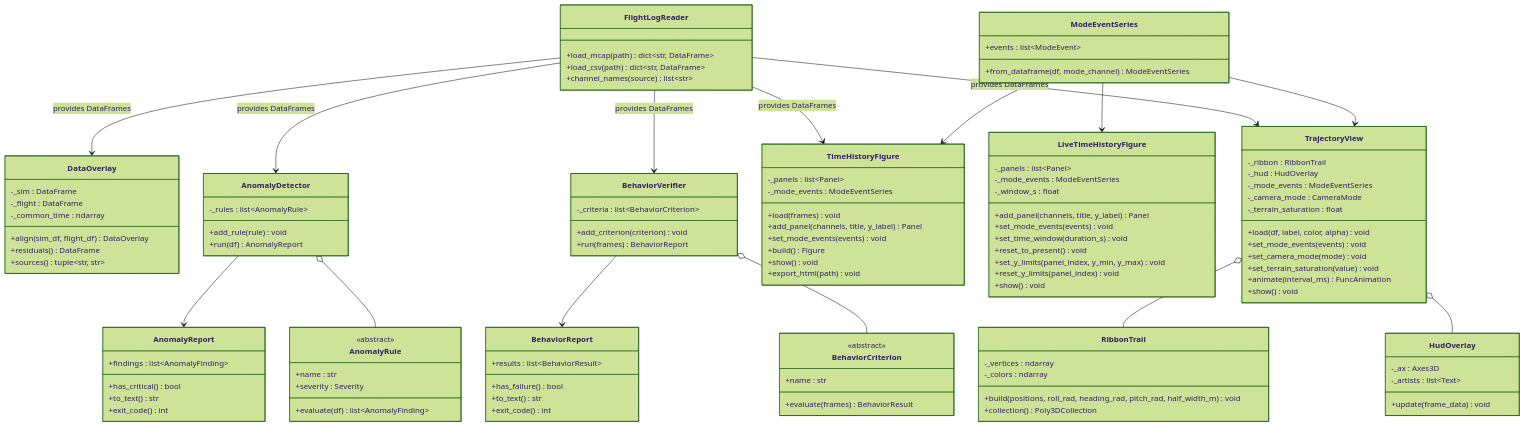
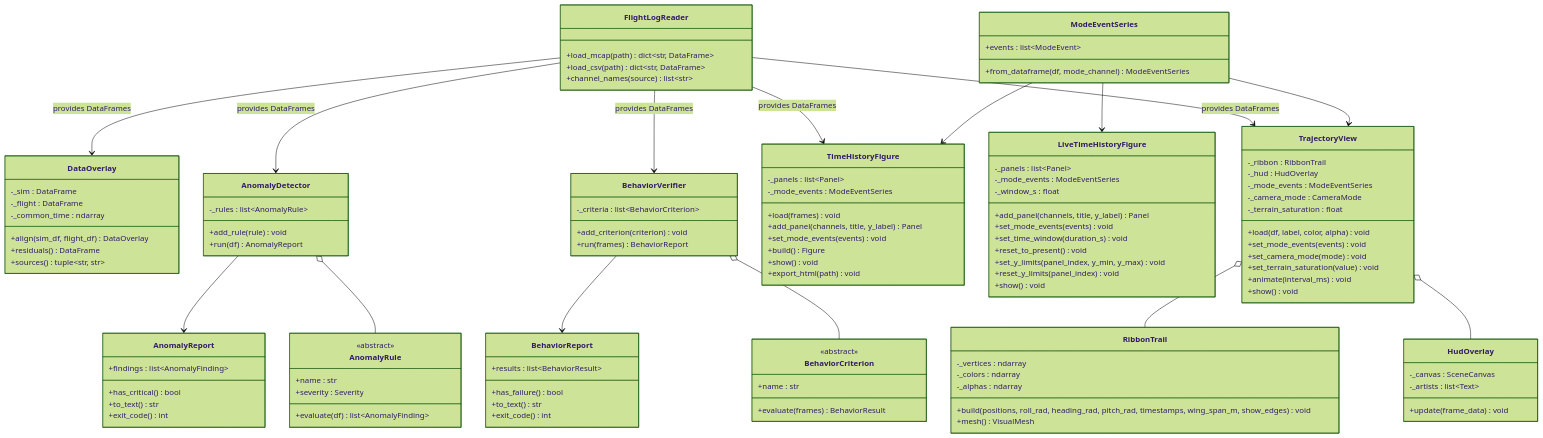
One commit to yJjDoAZuae/LiteAeroSim changed the second of 2 diagrams in docs/architecture/post_processing.md. Above: the diagram before and after it, drawn with Mermaid (forest theme). The commit also changed other lines of this file, not shown here.

```diff
--- a/docs/architecture/post_processing.md
+++ b/docs/architecture/post_processing.md
@@ -287,19 +287,20 @@
         +set_mode_events(events) void
         +set_camera_mode(mode) void
         +set_terrain_saturation(value) void
-        +animate(interval_ms) FuncAnimation
+        +animate(interval_ms) void
         +show() void
     }
 
     class RibbonTrail {
         -_vertices : ndarray
         -_colors : ndarray
-        +build(positions, roll_rad, heading_rad, pitch_rad, half_width_m) void
-        +collection() Poly3DCollection
+        -_alphas : ndarray
+        +build(positions, roll_rad, heading_rad, pitch_rad, timestamps, wing_span_m, show_edges) void
+        +mesh() VisualMesh
     }
 
     class HudOverlay {
-        -_ax : Axes3D
+        -_canvas : SceneCanvas
         -_artists : list~Text~
         +update(frame_data) void
     }
```
